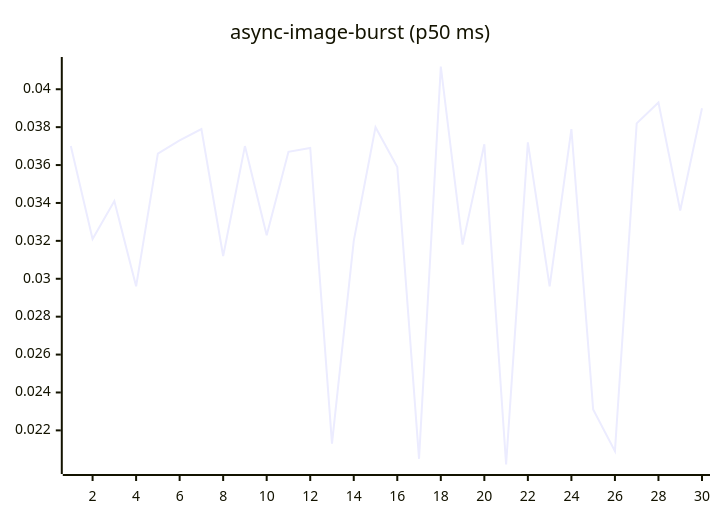
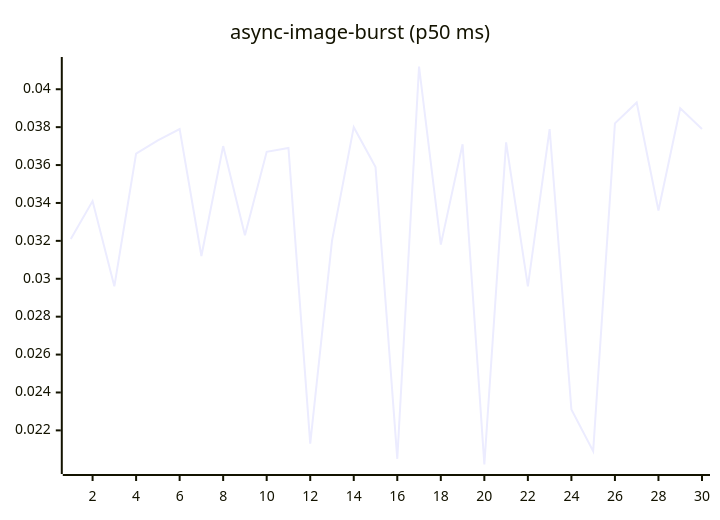
One commit to josha/Facet changed the fourth of 27 diagrams in README.md. Above: the diagram before and after it, drawn with Mermaid. The commit also changed other lines of this file and 2 other files, not shown here.

````diff
--- a/README.md
+++ b/README.md
@@ -84,6 +84,6 @@
 ```mermaid
 xychart-beta
     title "async-image-burst (p50 ms)"
     x-axis 1 --> 30
-    line [0.0370, 0.0321, 0.0341, 0.0296, 0.0366, 0.0373, 0.0379, 0.0312, 0.0370, 0.0323, 0.0367, 0.0369, 0.0213, 0.0320, 0.0380, 0.0359, 0.0205, 0.0412, 0.0318, 0.0371, 0.0202, 0.0372, 0.0296, 0.0379, 0.0231, 0.0209, 0.0382, 0.0393, 0.0336, 0.0390]
+    line [0.0321, 0.0341, 0.0296, 0.0366, 0.0373, 0.0379, 0.0312, 0.0370, 0.0323, 0.0367, 0.0369, 0.0213, 0.0320, 0.0380, 0.0359, 0.0205, 0.0412, 0.0318, 0.0371, 0.0202, 0.0372, 0.0296, 0.0379, 0.0231, 0.0209, 0.0382, 0.0393, 0.0336, 0.0390, 0.0379]
 ```
````
